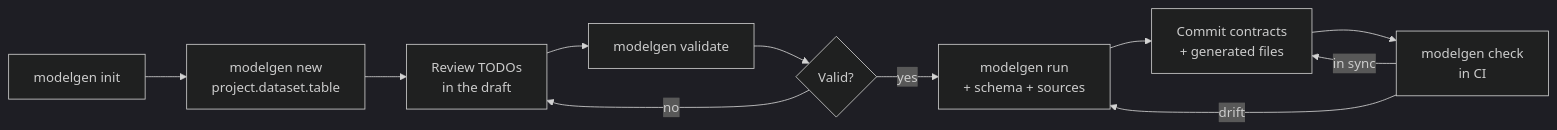
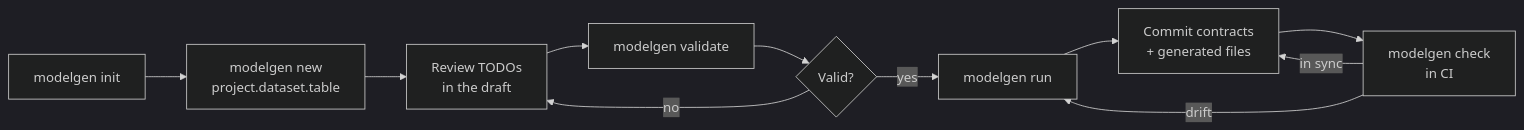
One commit to wraith-proxy/wraith-modelgen changed the diagram in docs/usage.md. Above: the diagram before and after it, drawn with Mermaid (dark theme). The commit also changed other lines of this file and 8 other files, not shown here.

````diff
--- a/docs/usage.md
+++ b/docs/usage.md
@@ -8,13 +8,13 @@
 ```mermaid
 flowchart LR
     A["modelgen init"] --> B["modelgen new\nproject.dataset.table"]
     B --> C["Review TODOs\nin the draft"]
     C --> D["modelgen validate"]
     D --> E{Valid?}
     E -->|no| C
-    E -->|yes| F["modelgen run\n+ schema + sources"]
+    E -->|yes| F["modelgen run"]
     F --> G["Commit contracts\n+ generated files"]
     G --> H["modelgen check\nin CI"]
     H -->|drift| F
     H -->|in sync| G
 ```
````
